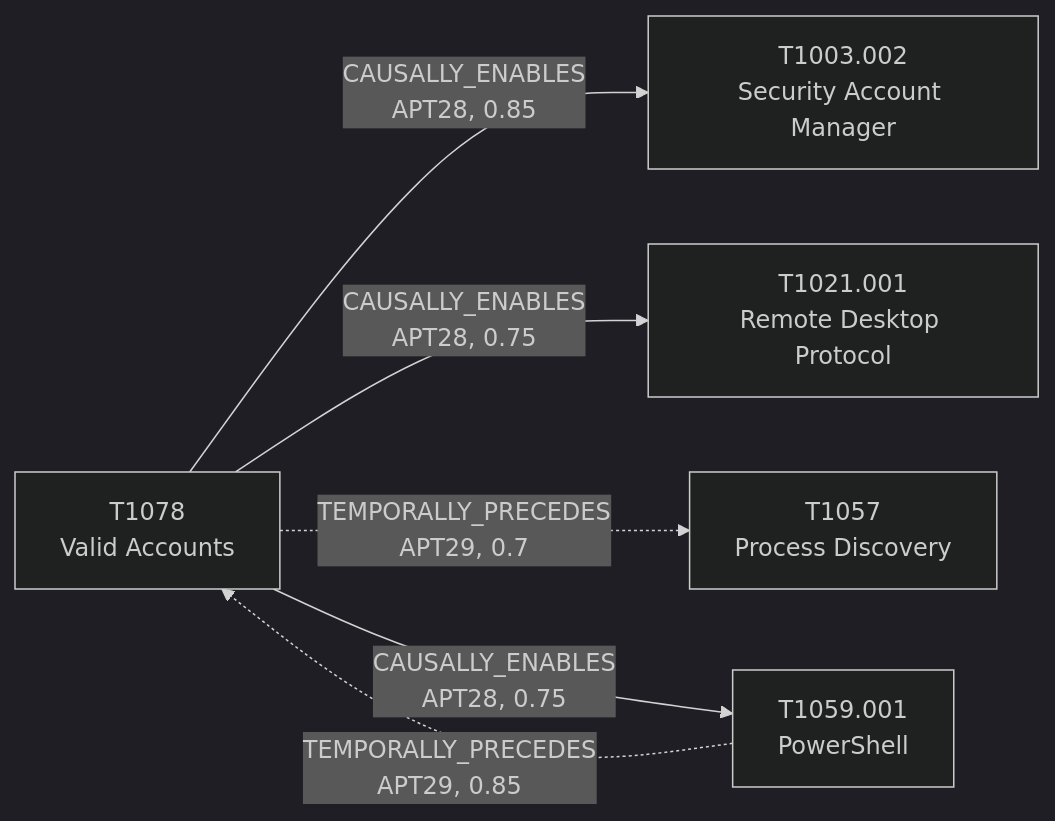
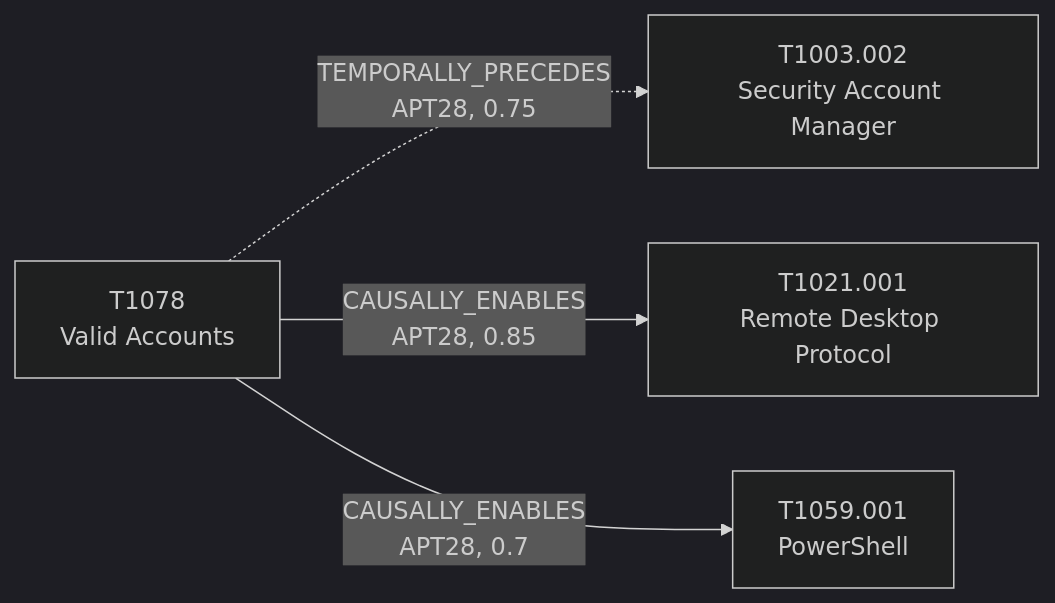
Before and after one commit to HungryBrain-bot/attackKnowledgeGraph: the diagram in docs/attack-patterns/T1078-valid-accounts.md, drawn with Mermaid (dark theme). The commit also changed other lines of this file and 22 other files, not shown here.

````diff
--- a/docs/attack-patterns/T1078-valid-accounts.md
+++ b/docs/attack-patterns/T1078-valid-accounts.md
@@ -84,13 +92,10 @@
 ```mermaid
 flowchart LR
     T_T1078["T1078<br/>Valid Accounts"]
     T_T1003_002["T1003.002<br/>Security Account Manager"]
     T_T1021_001["T1021.001<br/>Remote Desktop Protocol"]
-    T_T1057["T1057<br/>Process Discovery"]
     T_T1059_001["T1059.001<br/>PowerShell"]
-    T_T1059_001 -.->|"TEMPORALLY_PRECEDES<br/>APT29, 0.85"| T_T1078
-    T_T1078 -->|"CAUSALLY_ENABLES<br/>APT28, 0.85"| T_T1003_002
-    T_T1078 -->|"CAUSALLY_ENABLES<br/>APT28, 0.75"| T_T1021_001
-    T_T1078 -.->|"TEMPORALLY_PRECEDES<br/>APT29, 0.7"| T_T1057
-    T_T1078 -->|"CAUSALLY_ENABLES<br/>APT28, 0.75"| T_T1059_001
+    T_T1078 -.->|"TEMPORALLY_PRECEDES<br/>APT28, 0.75"| T_T1003_002
+    T_T1078 -->|"CAUSALLY_ENABLES<br/>APT28, 0.85"| T_T1021_001
+    T_T1078 -->|"CAUSALLY_ENABLES<br/>APT28, 0.7"| T_T1059_001
 ```
````
